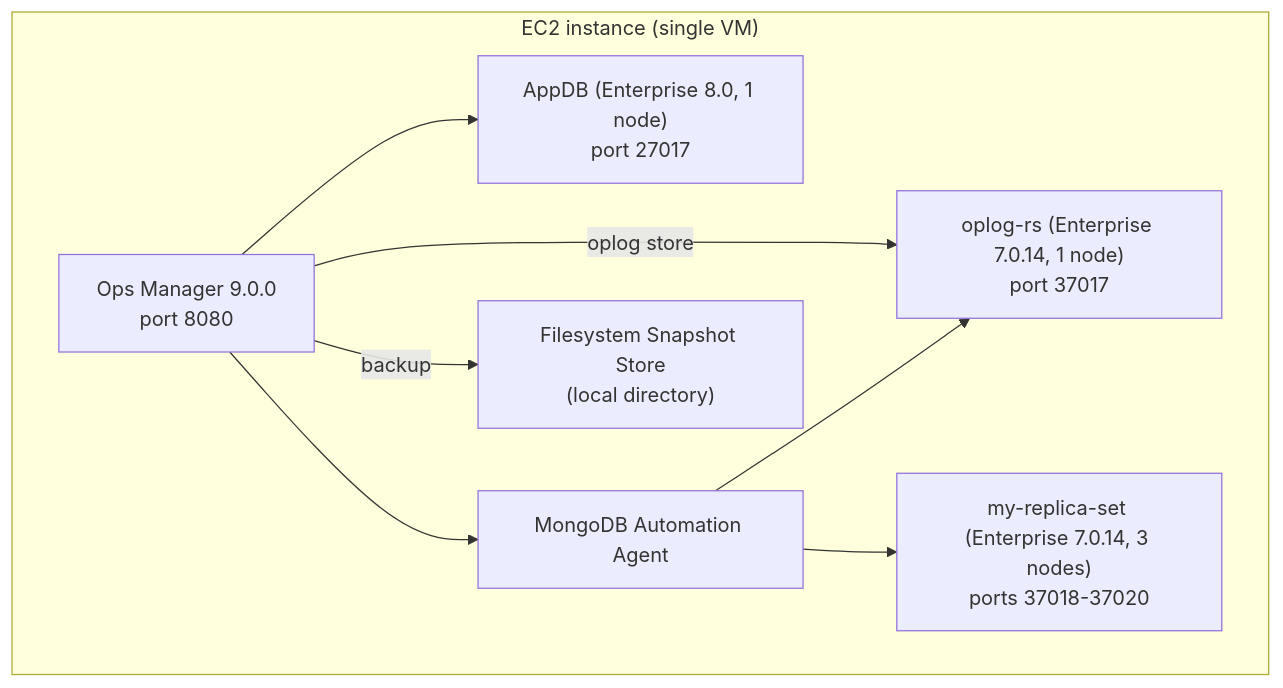
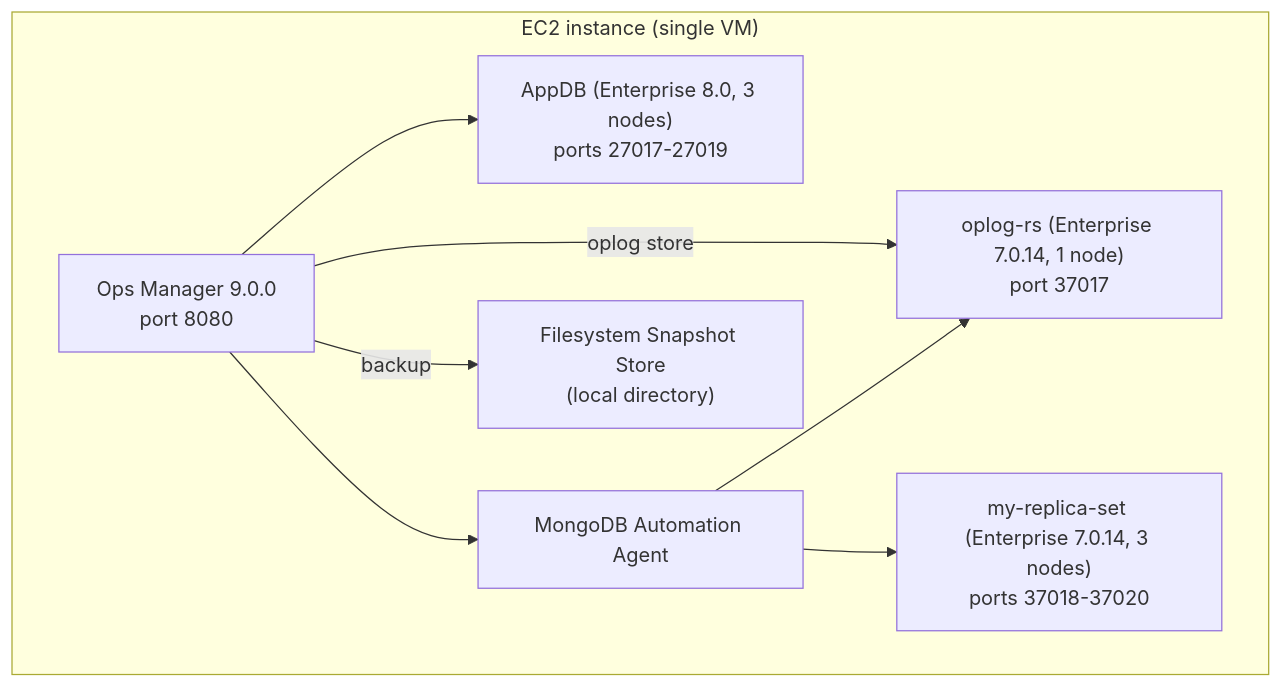
The diagram in README.md (vijaygh-repo/native-ops-manager-lab), drawn with Mermaid before and after one commit. The commit also changed other lines of this file and 1 other file, not shown here.

Commit message:
Run AppDB as 3-node replica set (Ops Manager 9 pre-flight requirement)

````diff
--- a/README.md
+++ b/README.md
@@ -15,17 +15,17 @@
 ```mermaid
 flowchart TB
     subgraph EC2["EC2 instance (single VM)"]
-        APPDB["AppDB (Enterprise 8.0, 1 node)\nport 27017"]
+        APPDB["AppDB (Enterprise 8.0, 3 nodes)\nports 27017-27019"]
         OM["Ops Manager 9.0.0\nport 8080"]
         AGENT["MongoDB Automation Agent"]
         OPLOG["oplog-rs (Enterprise 7.0.14, 1 node)\nport 37017"]
         RS["my-replica-set (Enterprise 7.0.14, 3 nodes)\nports 37018-37020"]
         FS["Filesystem Snapshot Store\n(local directory)"]
     end
     OM --> APPDB
     OM --> AGENT
     AGENT --> OPLOG
     AGENT --> RS
     OM -- backup --> FS
     OM -- oplog store --> OPLOG
 ```
````
